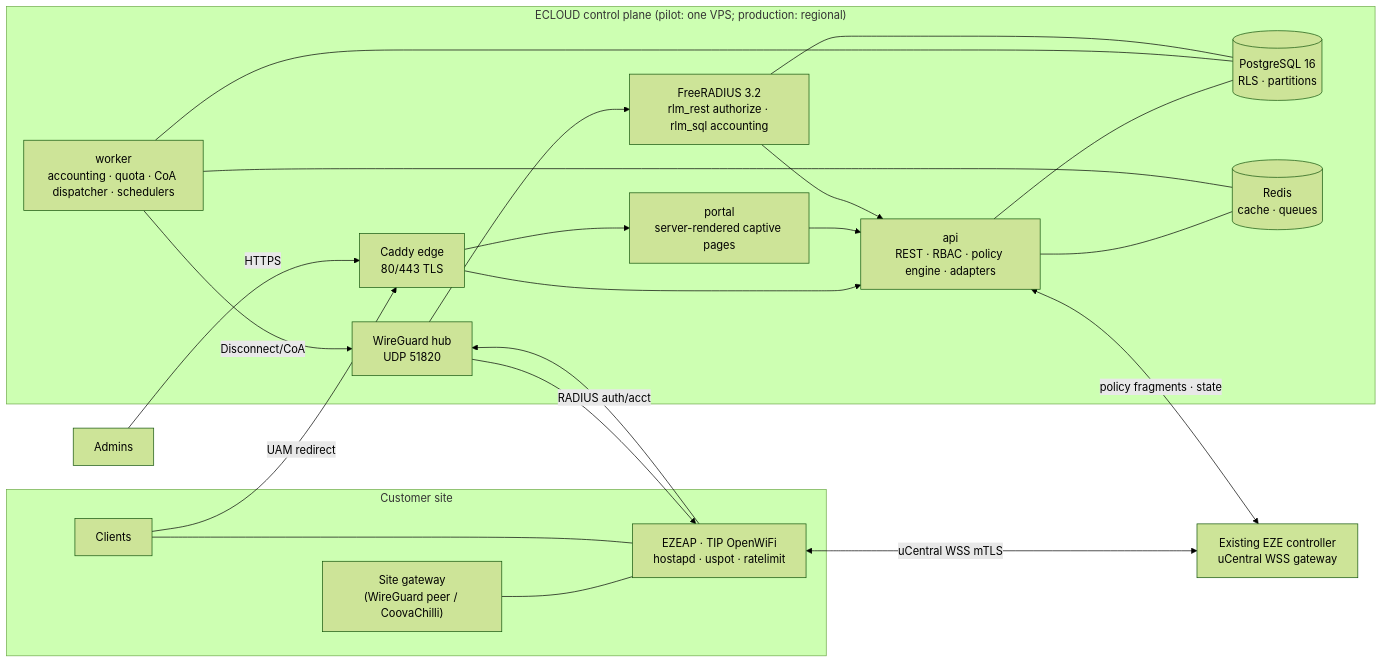
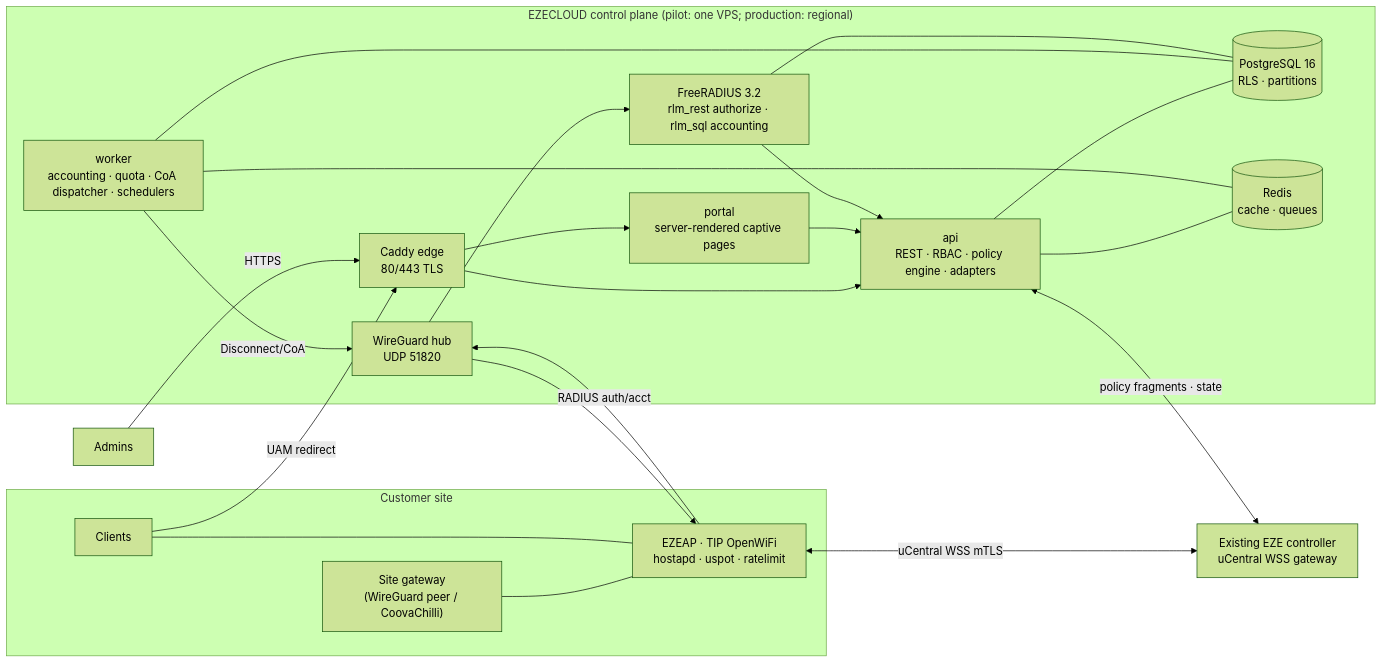
One commit to dannymagat/ecloud changed the first of 3 diagrams in TARGET_ARCHITECTURE.md. Above: the diagram before and after it, drawn with Mermaid (forest theme). The commit also changed other lines of this file and 211 other files, not shown here.

First line of the commit message:
Rename product name ECLOUD to EZECLOUD in text, UI and docs

````diff
--- a/TARGET_ARCHITECTURE.md
+++ b/TARGET_ARCHITECTURE.md
@@ -29,30 +29,30 @@
 ```mermaid
 flowchart LR
-  subgraph Cloud["ECLOUD control plane (pilot: one VPS; production: regional)"]
+  subgraph Cloud["EZECLOUD control plane (pilot: one VPS; production: regional)"]
     Caddy["Caddy edge\n80/443 TLS"]
     API["api\nREST · RBAC · policy engine · adapters"]
     PORTAL["portal\nserver-rendered captive pages"]
     WORKER["worker\naccounting · quota · CoA dispatcher · schedulers"]
     FR["FreeRADIUS 3.2\nrlm_rest authorize · rlm_sql accounting"]
     PG[("PostgreSQL 16\nRLS · partitions")]
     REDIS[("Redis\ncache · queues")]
     WG["WireGuard hub\nUDP 51820"]
   end
   subgraph Site["Customer site"]
     GW["Site gateway\n(WireGuard peer / CoovaChilli)"]
     AP["EZEAP · TIP OpenWiFi\nhostapd · uspot · ratelimit"]
     CL["Clients"]
   end
   CTRL["Existing EZE controller\nuCentral WSS gateway"]
   Admin["Admins"] -->|HTTPS| Caddy --> API
   CL -->|UAM redirect| Caddy --> PORTAL --> API
   AP -->|RADIUS auth/acct| WG --> FR --> API
   WORKER -->|Disconnect/CoA| WG --> AP
   AP <-->|uCentral WSS mTLS| CTRL
   API <-->|policy fragments · state| CTRL
   API --- PG & REDIS
   WORKER --- PG & REDIS
   FR --- PG
   GW --- AP
   CL --- AP
 ```
````
